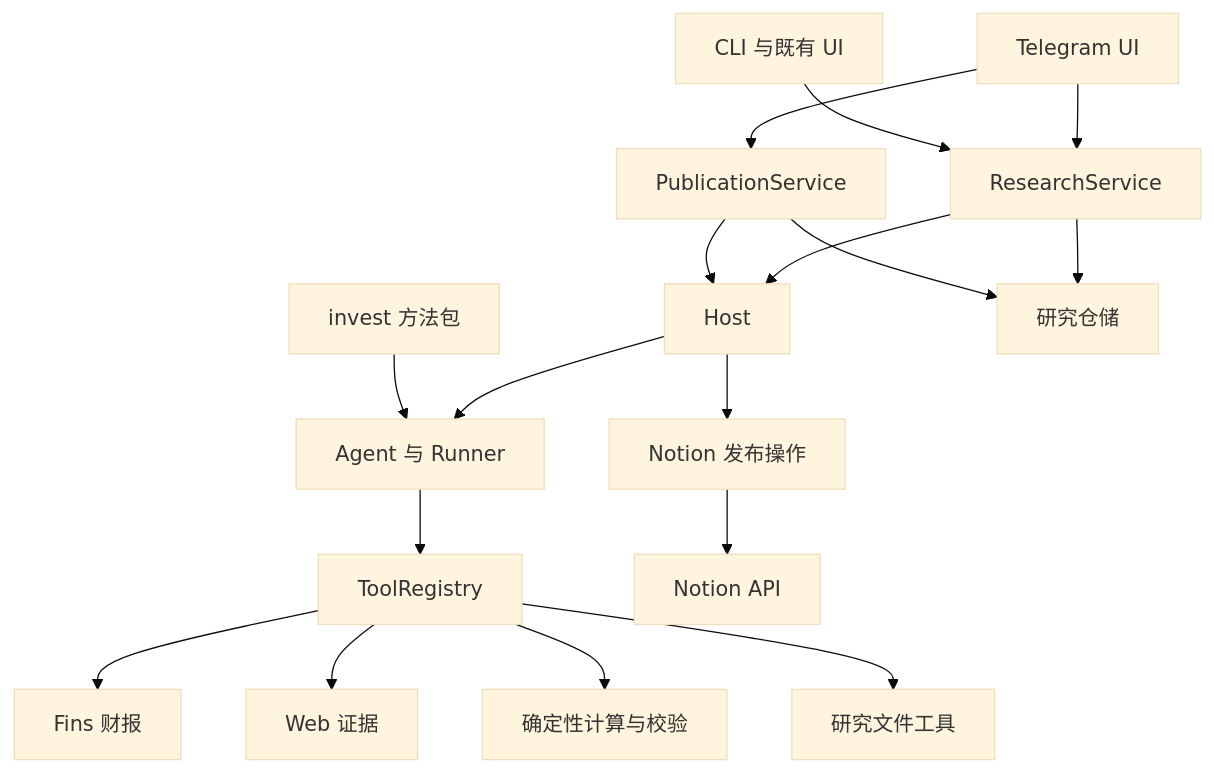
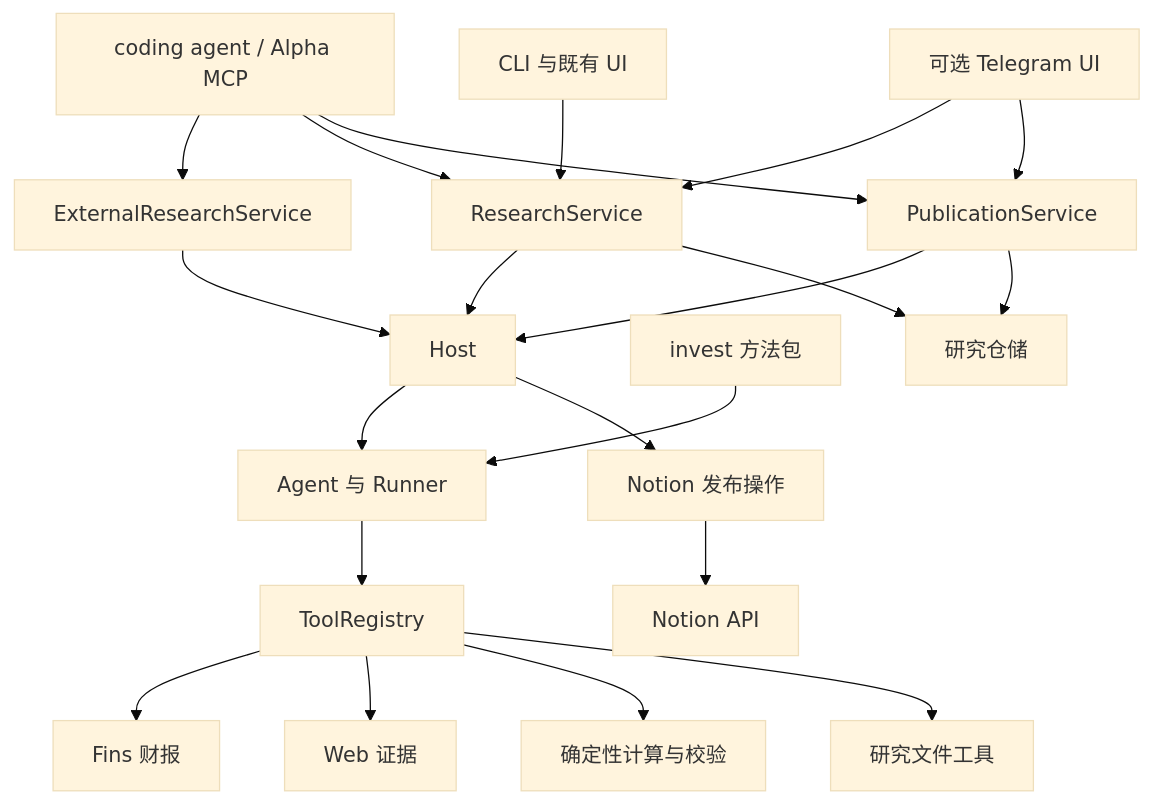
The diagram in docs/alpha/design.md (prak9/dayu-agent), drawn with Mermaid (base theme) before and after one commit. The commit also changed other lines of this file and 30 other files, not shown here.

````diff
--- a/docs/alpha/design.md
+++ b/docs/alpha/design.md
@@ -43,19 +44,23 @@
 ```mermaid
 flowchart TD
-    TG[Telegram UI] --> RS[ResearchService]
+    MCP[coding agent / Alpha MCP] --> ES[ExternalResearchService]
+    ES --> H[Host]
+    MCP --> RS[ResearchService]
+    MCP --> PS[PublicationService]
+    TG[可选 Telegram UI] --> RS
     TG --> PS[PublicationService]
     CLI[CLI 与既有 UI] --> RS
     RS --> H[Host]
     PS --> H
     H --> A[Agent 与 Runner]
     K[invest 方法包] --> A
     A --> T[ToolRegistry]
     T --> F[Fins 财报]
     T --> W[Web 证据]
     T --> C[确定性计算与校验]
     T --> R[研究文件工具]
     RS --> DB[研究仓储]
     PS --> DB
     H --> N[Notion 发布操作]
     N --> API[Notion API]
 ```
````
